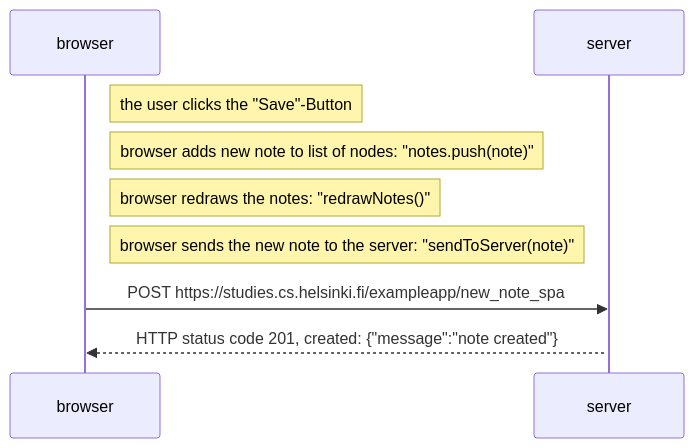
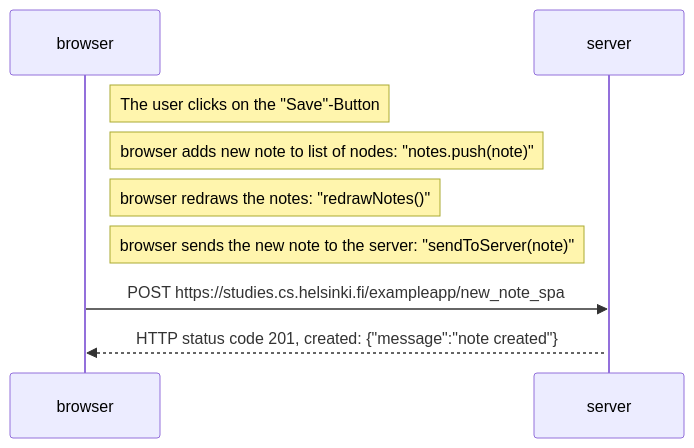
Before and after one commit to illestefan/FullstackOpen: the diagram in part0/NewNoteSpa_Diagram.md, drawn with Mermaid.

````diff
--- a/part0/NewNoteSpa_Diagram.md
+++ b/part0/NewNoteSpa_Diagram.md
@@ -1,14 +1,14 @@
 ```mermaid
 sequenceDiagram
     participant browser
     participant server
 
-    Note right of browser: the user clicks the "Save"-Button
+    Note right of browser: The user clicks on the "Save"-Button
     Note right of browser: browser adds new note to list of nodes: "notes.push(note)"
     Note right of browser: browser redraws the notes: "redrawNotes()" 
     Note right of browser: browser sends the new note to the server: "sendToServer(note)"
 
     browser->>server: POST https://studies.cs.helsinki.fi/exampleapp/new_note_spa
     activate server
     server-->>browser: HTTP status code 201, created: {"message":"note created"}
 ```
````
